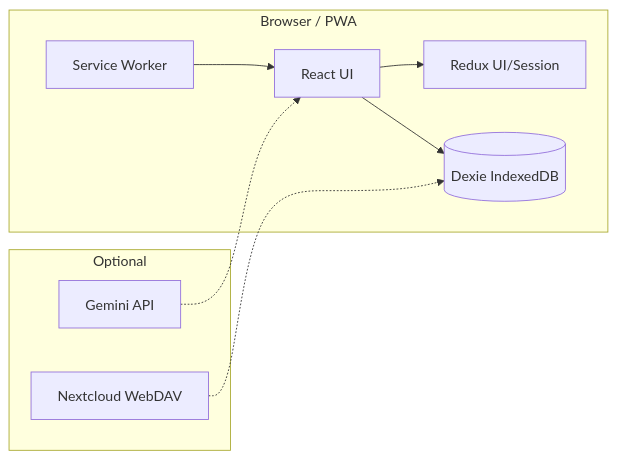
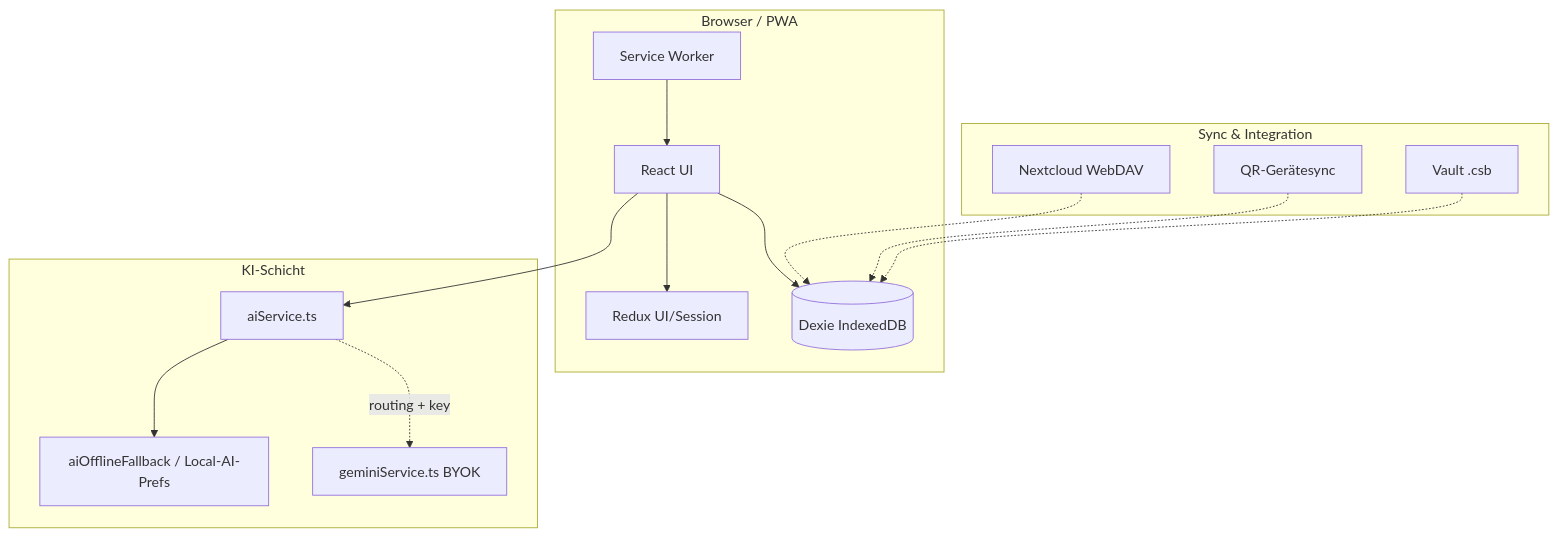
Before and after one commit to qnbs/CulinaSync-de-: the diagram in README.md, drawn with Mermaid. The commit also changed other lines of this file and 2 other files, not shown here.

First line of the commit message:
docs(readme): Local AI, Help, Settings + onboarding/i18n merge (#57)

````diff
--- a/README.md
+++ b/README.md
@@ -20,18 +20,30 @@
 ```mermaid
-flowchart LR
+flowchart TB
   subgraph client [Browser / PWA]
     UI[React UI]
     Redux[Redux UI/Session]
     Dexie[(Dexie IndexedDB)]
     SW[Service Worker]
     UI --> Redux
     UI --> Dexie
     SW --> UI
   end
-  subgraph optional [Optional]
-    Gemini[Gemini API]
+
+  subgraph ai [KI-Schicht]
+    AIS[aiService.ts]
+    Local[aiOfflineFallback / Local-AI-Prefs]
+    Gemini[geminiService.ts BYOK]
+    AIS --> Local
+    AIS -.->|routing + key| Gemini
+    UI --> AIS
+  end
+
+  subgraph optional [Sync & Integration]
     NC[Nextcloud WebDAV]
-    Gemini -.-> UI
+    QR[QR-Gerätesync]
+    Vault[Vault .csb]
     NC -.-> Dexie
+    QR -.-> Dexie
+    Vault -.-> Dexie
   end
 ```
````
